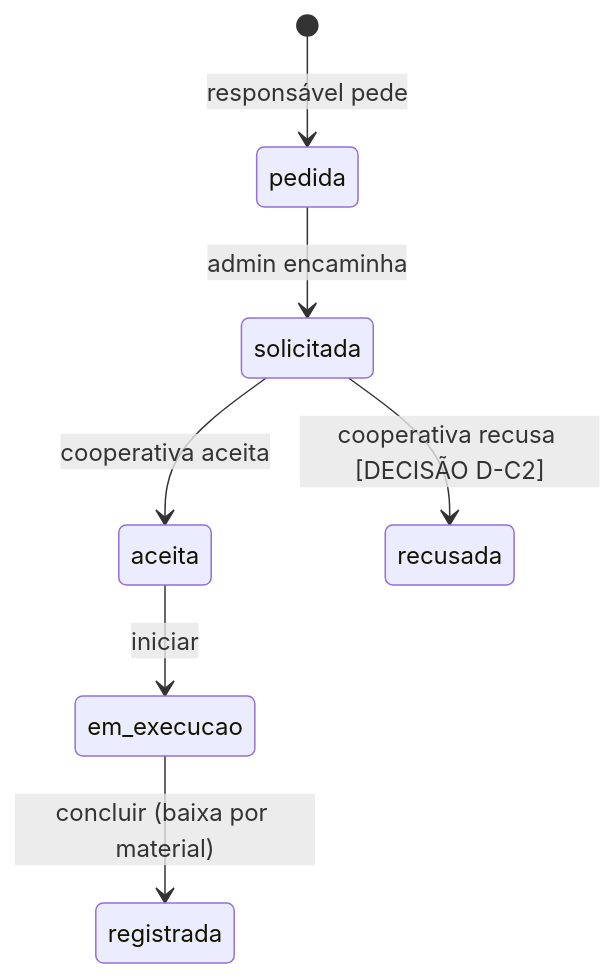
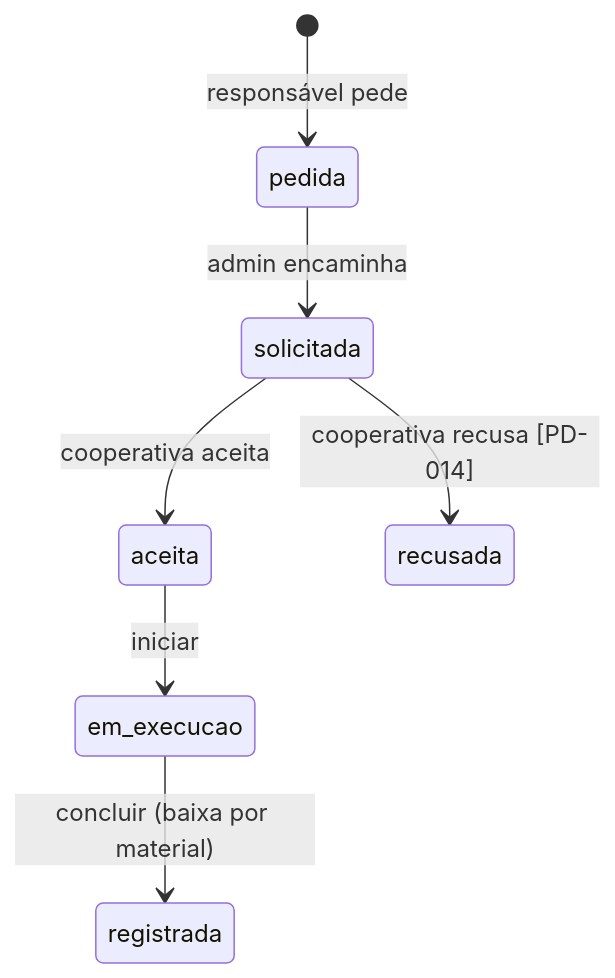
Before and after one commit to Residuum-Organization/residuum-documentacao: the fourth of 7 diagrams in docs/02-arquitetura/diagramas.md, drawn with Mermaid. The commit also changed other lines of this file and 16 other files, not shown here.

First line of the commit message:
docs(arquitetura): parte 2 - ER real, dicionário de dados, SAD, estados e ADRs

````diff
--- a/docs/02-arquitetura/diagramas.md
+++ b/docs/02-arquitetura/diagramas.md
@@ -35,9 +55,9 @@
 ```mermaid
 stateDiagram-v2
   [*] --> pedida: responsável pede
   pedida --> solicitada: admin encaminha
   solicitada --> aceita: cooperativa aceita
-  solicitada --> recusada: cooperativa recusa [DECISÃO D-C2]
+  solicitada --> recusada: cooperativa recusa [PD-014]
   aceita --> em_execucao: iniciar
   em_execucao --> registrada: concluir (baixa por material)
 ```
````
